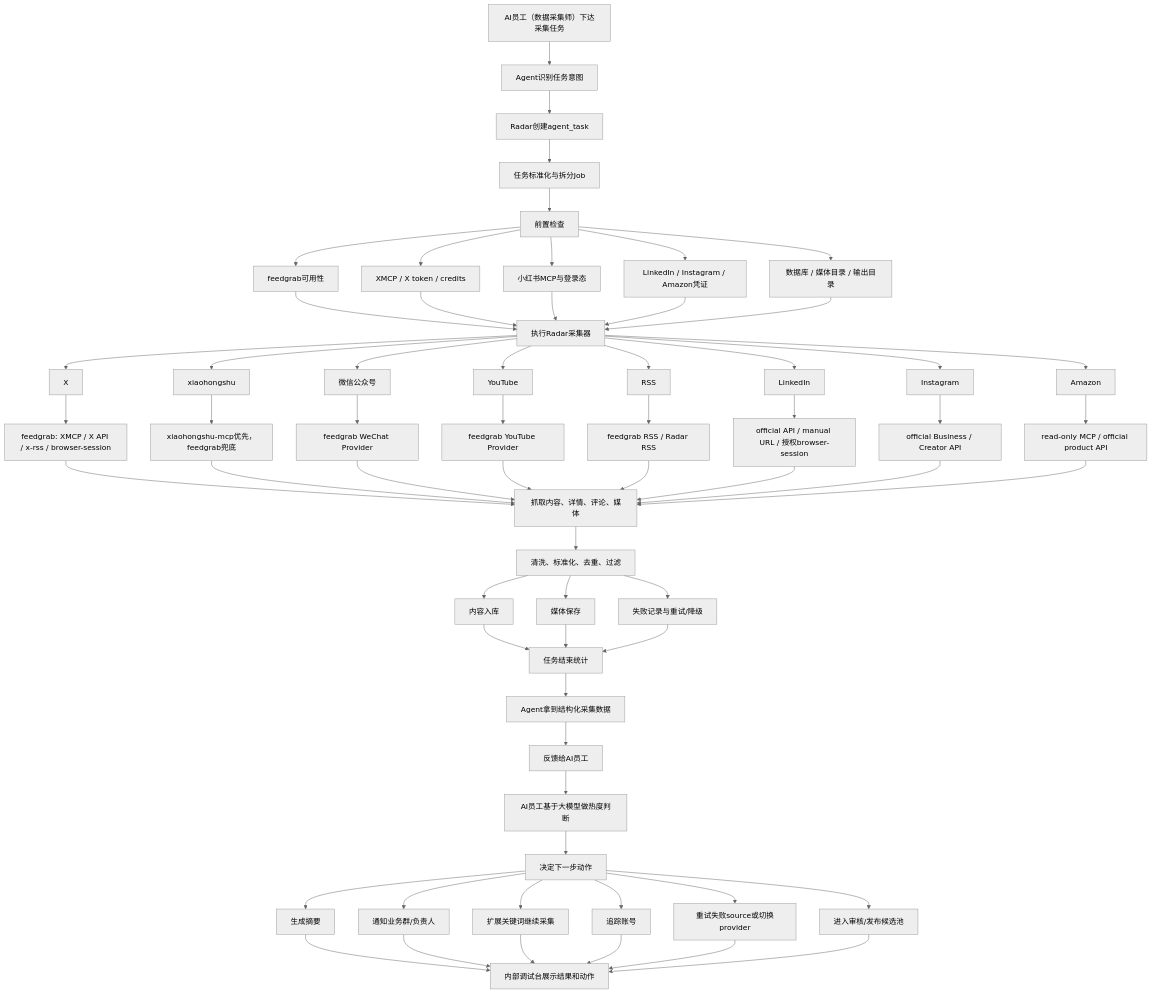
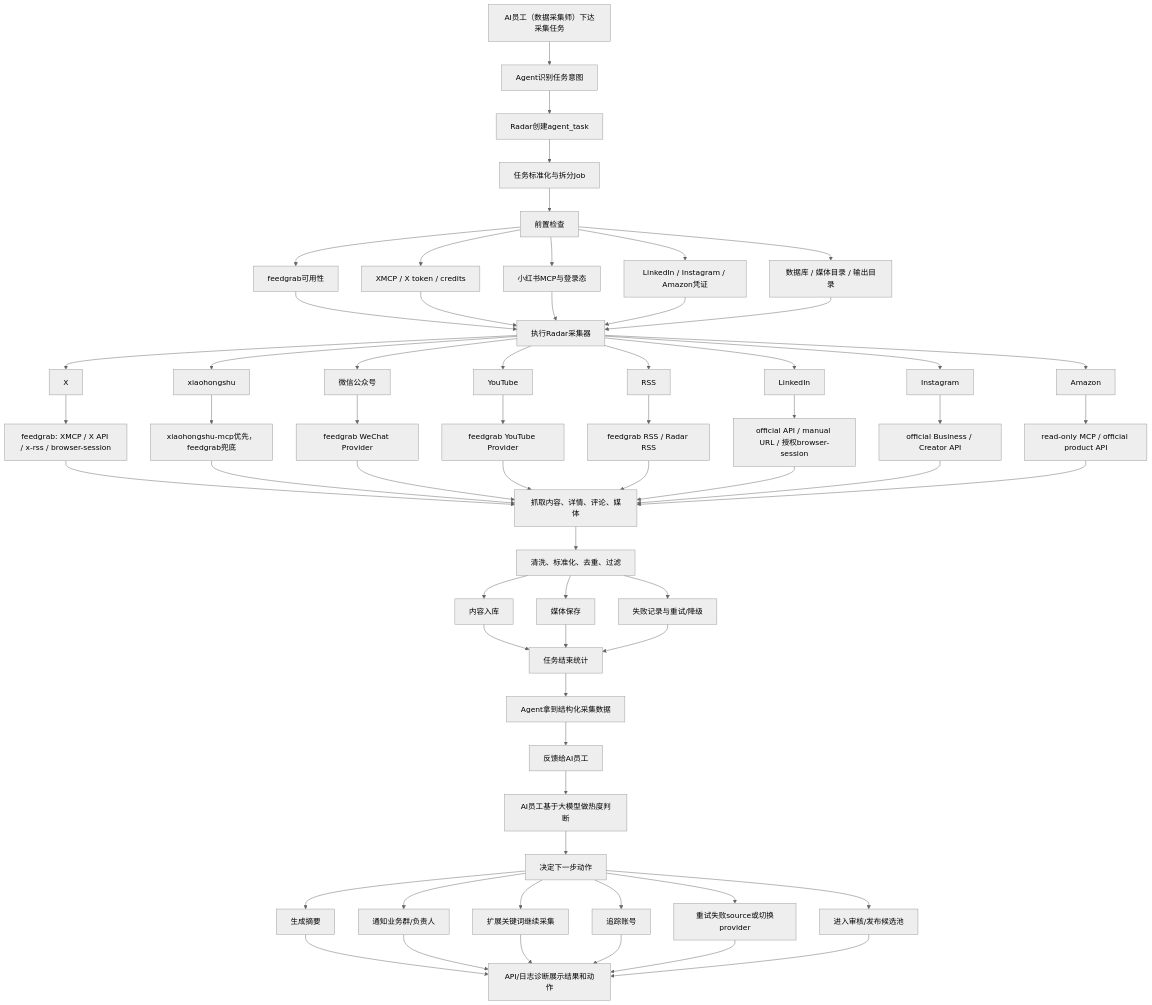
The diagram in docs/数据采集Agent落地方案.md (Zanetach/radar-claw), drawn with Mermaid (neutral theme) before and after one commit. The commit also changed other lines of this file and 17 other files, not shown here.

````diff
--- a/docs/数据采集Agent落地方案.md
+++ b/docs/数据采集Agent落地方案.md
@@ -510,74 +510,74 @@
 ```mermaid
 flowchart TD
     A["AI员工（数据采集师）下达采集任务"] --> B["Agent识别任务意图"]
     B --> C["Radar创建agent_task"]
     C --> D["任务标准化与拆分Job"]
     D --> E["前置检查"]
 
     E --> E1["feedgrab可用性"]
     E --> E2["XMCP / X token / credits"]
     E --> E3["小红书MCP与登录态"]
     E --> E4["LinkedIn / Instagram / Amazon凭证"]
     E --> E5["数据库 / 媒体目录 / 输出目录"]
 
     E1 --> F["执行Radar采集器"]
     E2 --> F
     E3 --> F
     E4 --> F
     E5 --> F
 
     F --> P1["X"]
     F --> P2["xiaohongshu"]
     F --> P3["微信公众号"]
     F --> P4["YouTube"]
     F --> P5["RSS"]
     F --> P6["LinkedIn"]
     F --> P7["Instagram"]
     F --> P8["Amazon"]
 
     P1 --> R1["feedgrab: XMCP / X API / x-rss / browser-session"]
     P2 --> R2["xiaohongshu-mcp优先，feedgrab兜底"]
     P3 --> R3["feedgrab WeChat Provider"]
     P4 --> R4["feedgrab YouTube Provider"]
     P5 --> R5["feedgrab RSS / Radar RSS"]
     P6 --> R6["official API / manual URL / 授权browser-session"]
     P7 --> R7["official Business / Creator API"]
     P8 --> R8["read-only MCP / official product API"]
 
     R1 --> G["抓取内容、详情、评论、媒体"]
     R2 --> G
     R3 --> G
     R4 --> G
     R5 --> G
     R6 --> G
     R7 --> G
     R8 --> G
 
     G --> H["清洗、标准化、去重、过滤"]
     H --> I["内容入库"]
     H --> J["媒体保存"]
     H --> K["失败记录与重试/降级"]
 
     I --> L["任务结束统计"]
     J --> L
     K --> L
 
     L --> M["Agent拿到结构化采集数据"]
     M --> N["反馈给AI员工"]
     N --> O["AI员工基于大模型做热度判断"]
     O --> Q["决定下一步动作"]
 
     Q --> Q1["生成摘要"]
     Q --> Q2["通知业务群/负责人"]
     Q --> Q3["扩展关键词继续采集"]
     Q --> Q4["追踪账号"]
     Q --> Q5["重试失败source或切换provider"]
     Q --> Q6["进入审核/发布候选池"]
 
-    Q1 --> Z["内部调试台展示结果和动作"]
+    Q1 --> Z["API/日志诊断展示结果和动作"]
     Q2 --> Z
     Q3 --> Z
     Q4 --> Z
     Q5 --> Z
     Q6 --> Z
 ```
````
